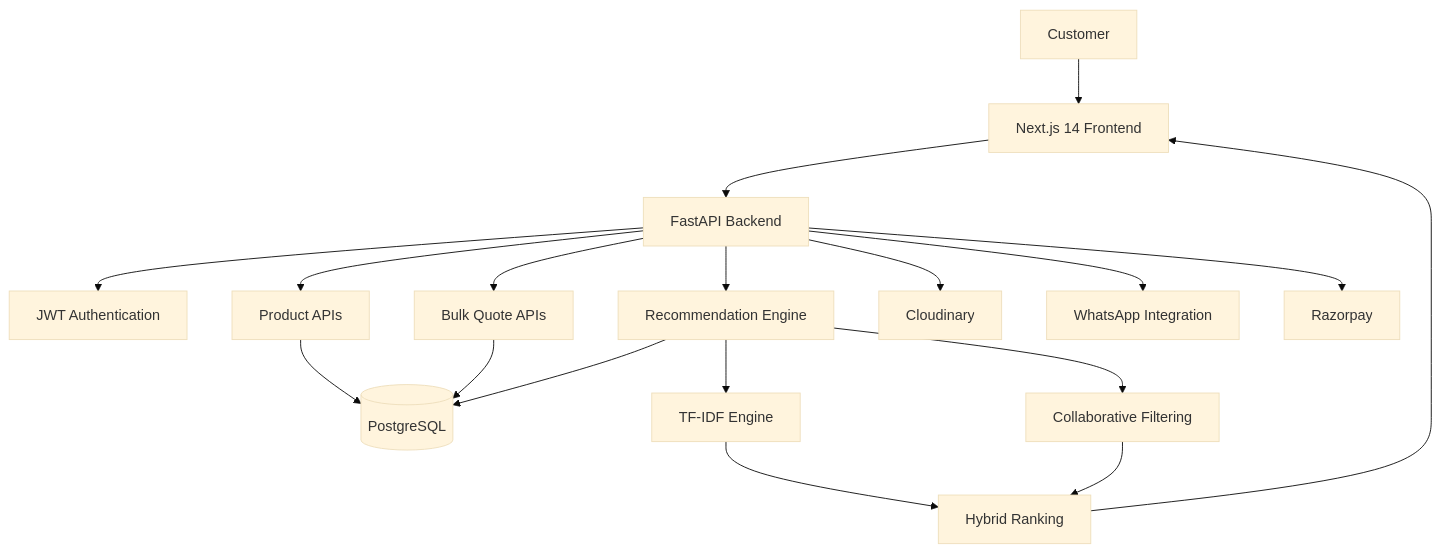
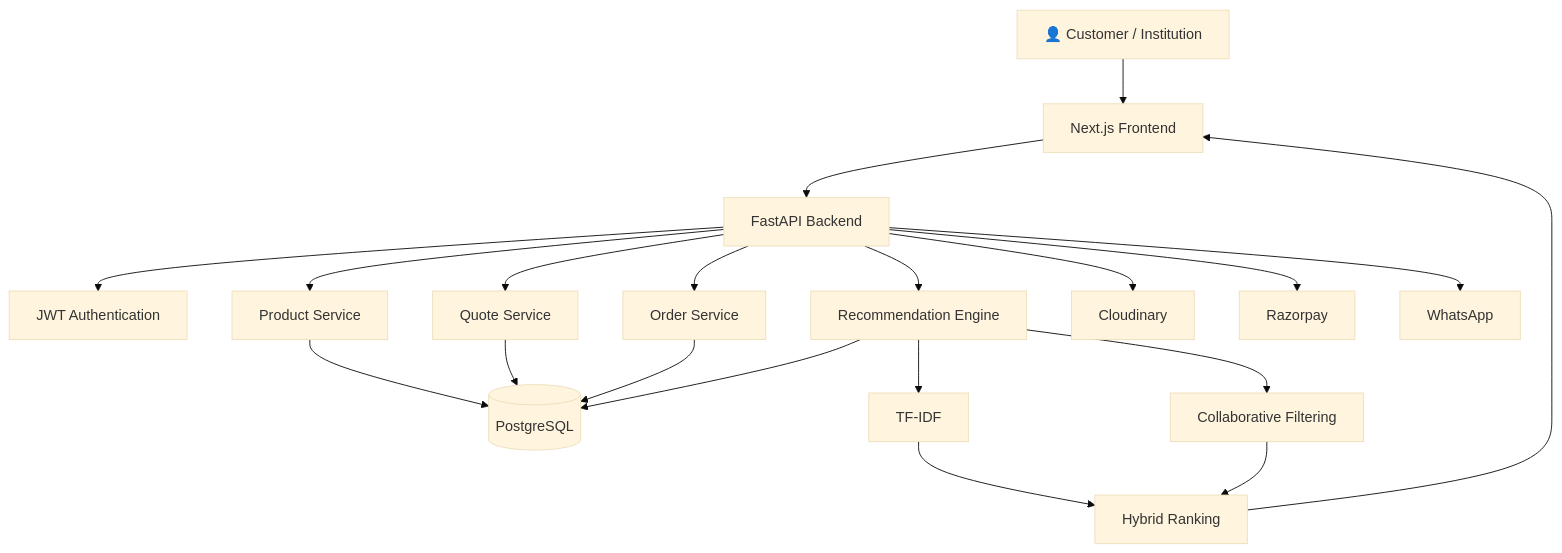
The first of 2 diagrams in README.md (dishi575/shaukin-garments), drawn with Mermaid (base theme) before and after one commit. The commit also changed other lines of this file, not shown here.

````diff
--- a/README.md
+++ b/README.md
@@ -323,39 +204,43 @@
 ```mermaid
 graph TD
 
-A[Customer]
+User["👤 Customer / Institution"]
 
-A --> B[Next.js 14 Frontend]
+User --> Frontend["Next.js Frontend"]
 
-B --> C[FastAPI Backend]
+Frontend --> Backend["FastAPI Backend"]
 
-C --> D[JWT Authentication]
+Backend --> Auth["JWT Authentication"]
 
-C --> E[Product APIs]
+Backend --> Products["Product Service"]
 
-C --> F[Bulk Quote APIs]
+Backend --> Quotes["Quote Service"]
 
-C --> G[Recommendation Engine]
+Backend --> Orders["Order Service"]
 
-E --> H[(PostgreSQL)]
+Backend --> Recommender["Recommendation Engine"]
 
-F --> H
+Products --> Database[(PostgreSQL)]
 
-G --> H
+Quotes --> Database
 
-C --> I[Cloudinary]
+Orders --> Database
 
-C --> J[WhatsApp Integration]
+Recommender --> Database
 
-C --> K[Razorpay]
+Backend --> Cloudinary["Cloudinary"]
 
-G --> L[TF-IDF Engine]
+Backend --> Razorpay["Razorpay"]
 
-G --> M[Collaborative Filtering]
+Backend --> WhatsApp["WhatsApp"]
 
-L --> N[Hybrid Ranking]
+Recommender --> TFIDF["TF-IDF"]
 
-M --> N
+Recommender --> Collaborative["Collaborative Filtering"]
 
-N --> B
+TFIDF --> Ranking["Hybrid Ranking"]
+
+Collaborative --> Ranking
+
+Ranking --> Frontend
 ```
````
